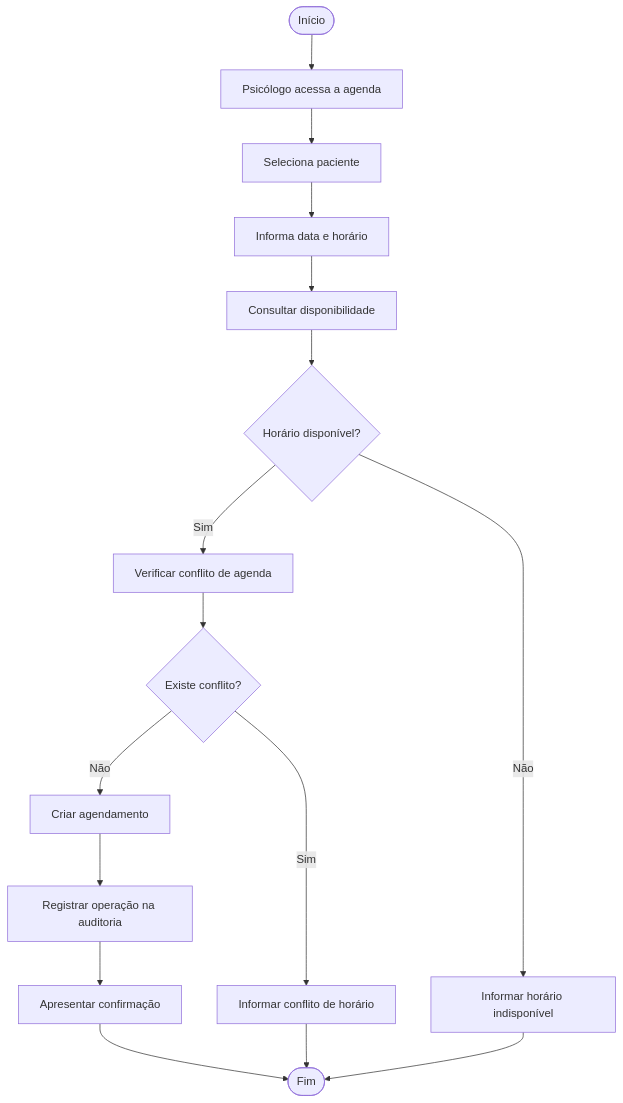
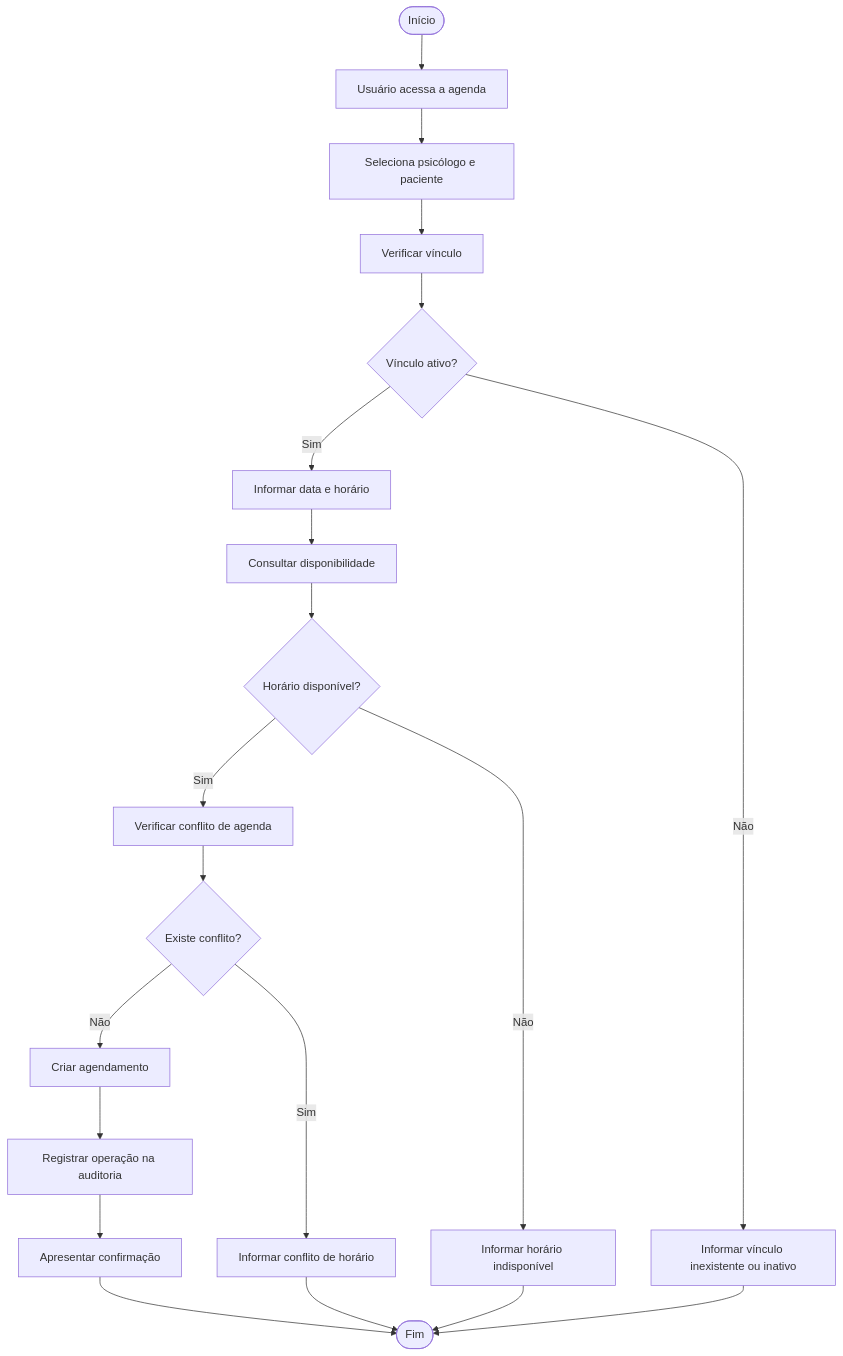
One commit to Icaro230307/AV3-PsiConnect changed the ninth of 14 diagrams in README.md. Above: the diagram before and after it, drawn with Mermaid. The commit also changed other lines of this file, not shown here.

````diff
--- a/README.md
+++ b/README.md
@@ -267,37 +553,47 @@
 ```mermaid
 flowchart TD
     Inicio(["Início"])
-    A["Psicólogo acessa a agenda"]
-    B["Seleciona paciente"]
-    C["Informa data e horário"]
-    D["Consultar disponibilidade"]
-    E{"Horário disponível?"}
-    F["Verificar conflito de agenda"]
-    G{"Existe conflito?"}
-    H["Criar agendamento"]
-    I["Registrar operação na auditoria"]
-    J["Apresentar confirmação"]
-    K["Informar conflito de horário"]
-    L["Informar horário indisponível"]
+    A["Usuário acessa a agenda"]
+    B["Seleciona psicólogo e paciente"]
+    C["Verificar vínculo"]
+    D{"Vínculo ativo?"}
+    E["Informar data e horário"]
+    F["Consultar disponibilidade"]
+    G{"Horário disponível?"}
+    H["Verificar conflito de agenda"]
+    I{"Existe conflito?"}
+    J["Criar agendamento"]
+    K["Registrar operação na auditoria"]
+    L["Apresentar confirmação"]
+    M["Informar vínculo inexistente ou inativo"]
+    N["Informar horário indisponível"]
+    O["Informar conflito de horário"]
     Fim(["Fim"])
 
     Inicio --> A
     A --> B
     B --> C
     C --> D
-    D --> E
 
-    E -->|"Sim"| F
-    E -->|"Não"| L
+    D -->|"Sim"| E
+    D -->|"Não"| M
 
+    E --> F
     F --> G
-    G -->|"Não"| H
-    G -->|"Sim"| K
+
+    G -->|"Sim"| H
+    G -->|"Não"| N
 
     H --> I
-    I --> J
 
-    J --> Fim
-    K --> Fim
+    I -->|"Não"| J
+    I -->|"Sim"| O
+
+    J --> K
+    K --> L
+
     L --> Fim
+    M --> Fim
+    N --> Fim
+    O --> Fim
 ```
````
